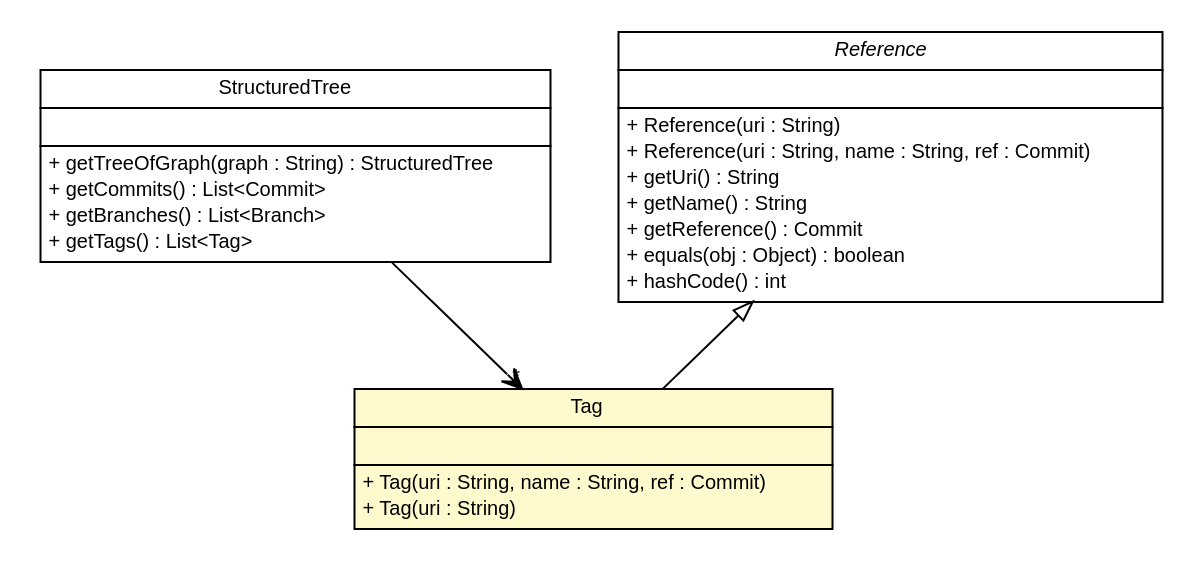
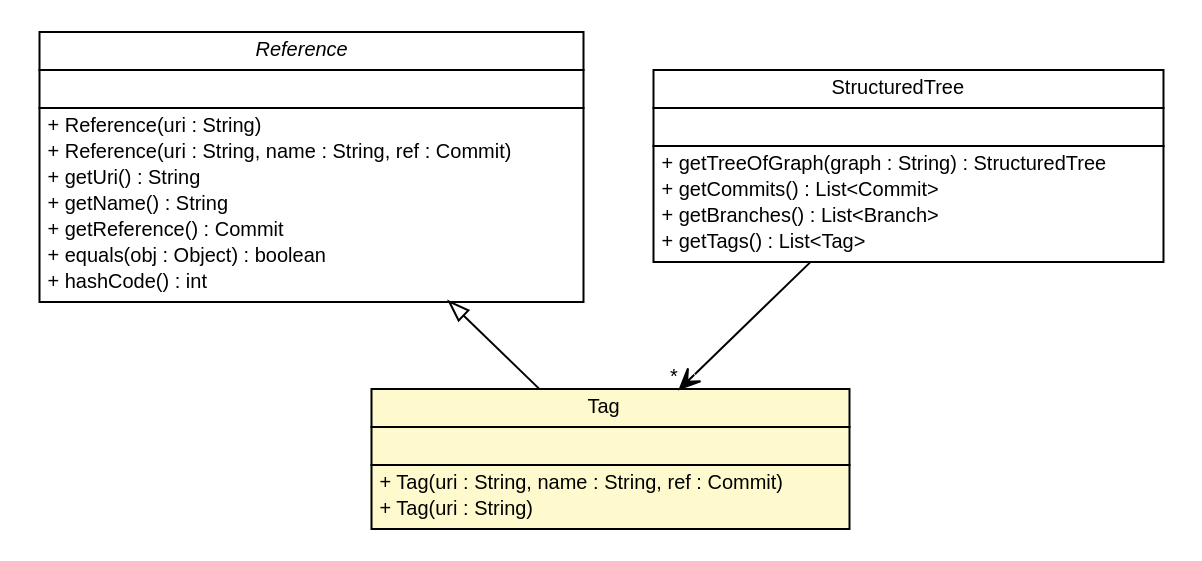
Before and after one commit to adrianorzyszek/r43ples: the diagram in site/apidocs/de/tud/plt/r43ples/revisionTree/Tag.dot, drawn with Graphviz. The commit also changed 249 other files, not shown here.

```diff
--- a/site/apidocs/de/tud/plt/r43ples/revisionTree/Tag.dot
+++ b/site/apidocs/de/tud/plt/r43ples/revisionTree/Tag.dot
@@ -1,62 +1,62 @@
 #!/usr/local/bin/dot
 #
 # Class diagram 
 # Generated by UMLGraph version R5_6-24-gf6e263 (http://www.umlgraph.org/)
 #
 
 digraph G {
 	edge [fontname="Helvetica",fontsize=10,labelfontname="Helvetica",labelfontsize=10];
 	node [fontname="Helvetica",fontsize=10,shape=plaintext];
 	nodesep=0.25;
 	ranksep=0.5;
-	// de.tud.plt.r43ples.revisionTree.Tag
-	c1579 [label=<<table title="de.tud.plt.r43ples.revisionTree.Tag" border="0" cellborder="1" cellspacing="0" cellpadding="2" port="p" bgcolor="lemonChiffon" href="./Tag.html">
-		<tr><td><table border="0" cellspacing="0" cellpadding="1">
-<tr><td align="center" balign="center"> Tag </td></tr>
-		</table></td></tr>
-		<tr><td><table border="0" cellspacing="0" cellpadding="1">
-<tr><td align="left" balign="left">  </td></tr>
-		</table></td></tr>
-		<tr><td><table border="0" cellspacing="0" cellpadding="1">
-<tr><td align="left" balign="left"> + Tag(uri : String, name : String, ref : Commit) </td></tr>
-<tr><td align="left" balign="left"> + Tag(uri : String) </td></tr>
-		</table></td></tr>
-		</table>>, URL="./Tag.html", fontname="Helvetica", fontcolor="black", fontsize=10.0];
-	// de.tud.plt.r43ples.revisionTree.StructuredTree
-	c1580 [label=<<table title="de.tud.plt.r43ples.revisionTree.StructuredTree" border="0" cellborder="1" cellspacing="0" cellpadding="2" port="p" href="./StructuredTree.html">
-		<tr><td><table border="0" cellspacing="0" cellpadding="1">
-<tr><td align="center" balign="center"> StructuredTree </td></tr>
-		</table></td></tr>
-		<tr><td><table border="0" cellspacing="0" cellpadding="1">
-<tr><td align="left" balign="left">  </td></tr>
-		</table></td></tr>
-		<tr><td><table border="0" cellspacing="0" cellpadding="1">
-<tr><td align="left" balign="left"> + getTreeOfGraph(graph : String) : StructuredTree </td></tr>
-<tr><td align="left" balign="left"> + getCommits() : List&lt;Commit&gt; </td></tr>
-<tr><td align="left" balign="left"> + getBranches() : List&lt;Branch&gt; </td></tr>
-<tr><td align="left" balign="left"> + getTags() : List&lt;Tag&gt; </td></tr>
-		</table></td></tr>
-		</table>>, URL="./StructuredTree.html", fontname="Helvetica", fontcolor="black", fontsize=10.0];
 	// de.tud.plt.r43ples.revisionTree.Reference
-	c1581 [label=<<table title="de.tud.plt.r43ples.revisionTree.Reference" border="0" cellborder="1" cellspacing="0" cellpadding="2" port="p" href="./Reference.html">
+	c1566 [label=<<table title="de.tud.plt.r43ples.revisionTree.Reference" border="0" cellborder="1" cellspacing="0" cellpadding="2" port="p" href="./Reference.html">
 		<tr><td><table border="0" cellspacing="0" cellpadding="1">
 <tr><td align="center" balign="center"><font face="Helvetica-Oblique"> Reference </font></td></tr>
 		</table></td></tr>
 		<tr><td><table border="0" cellspacing="0" cellpadding="1">
 <tr><td align="left" balign="left">  </td></tr>
 		</table></td></tr>
 		<tr><td><table border="0" cellspacing="0" cellpadding="1">
 <tr><td align="left" balign="left"> + Reference(uri : String) </td></tr>
 <tr><td align="left" balign="left"> + Reference(uri : String, name : String, ref : Commit) </td></tr>
 <tr><td align="left" balign="left"> + getUri() : String </td></tr>
 <tr><td align="left" balign="left"> + getName() : String </td></tr>
 <tr><td align="left" balign="left"> + getReference() : Commit </td></tr>
 <tr><td align="left" balign="left"> + equals(obj : Object) : boolean </td></tr>
 <tr><td align="left" balign="left"> + hashCode() : int </td></tr>
 		</table></td></tr>
 		</table>>, URL="./Reference.html", fontname="Helvetica", fontcolor="black", fontsize=10.0];
+	// de.tud.plt.r43ples.revisionTree.StructuredTree
+	c1568 [label=<<table title="de.tud.plt.r43ples.revisionTree.StructuredTree" border="0" cellborder="1" cellspacing="0" cellpadding="2" port="p" href="./StructuredTree.html">
+		<tr><td><table border="0" cellspacing="0" cellpadding="1">
+<tr><td align="center" balign="center"> StructuredTree </td></tr>
+		</table></td></tr>
+		<tr><td><table border="0" cellspacing="0" cellpadding="1">
+<tr><td align="left" balign="left">  </td></tr>
+		</table></td></tr>
+		<tr><td><table border="0" cellspacing="0" cellpadding="1">
+<tr><td align="left" balign="left"> + getTreeOfGraph(graph : String) : StructuredTree </td></tr>
+<tr><td align="left" balign="left"> + getCommits() : List&lt;Commit&gt; </td></tr>
+<tr><td align="left" balign="left"> + getBranches() : List&lt;Branch&gt; </td></tr>
+<tr><td align="left" balign="left"> + getTags() : List&lt;Tag&gt; </td></tr>
+		</table></td></tr>
+		</table>>, URL="./StructuredTree.html", fontname="Helvetica", fontcolor="black", fontsize=10.0];
+	// de.tud.plt.r43ples.revisionTree.Tag
+	c1569 [label=<<table title="de.tud.plt.r43ples.revisionTree.Tag" border="0" cellborder="1" cellspacing="0" cellpadding="2" port="p" bgcolor="lemonChiffon" href="./Tag.html">
+		<tr><td><table border="0" cellspacing="0" cellpadding="1">
+<tr><td align="center" balign="center"> Tag </td></tr>
+		</table></td></tr>
+		<tr><td><table border="0" cellspacing="0" cellpadding="1">
+<tr><td align="left" balign="left">  </td></tr>
+		</table></td></tr>
+		<tr><td><table border="0" cellspacing="0" cellpadding="1">
+<tr><td align="left" balign="left"> + Tag(uri : String, name : String, ref : Commit) </td></tr>
+<tr><td align="left" balign="left"> + Tag(uri : String) </td></tr>
+		</table></td></tr>
+		</table>>, URL="./Tag.html", fontname="Helvetica", fontcolor="black", fontsize=10.0];
 	//de.tud.plt.r43ples.revisionTree.Tag extends de.tud.plt.r43ples.revisionTree.Reference
-	c1581:p -> c1579:p [dir=back,arrowtail=empty];
+	c1566:p -> c1569:p [dir=back,arrowtail=empty];
 	// de.tud.plt.r43ples.revisionTree.StructuredTree NAVASSOC de.tud.plt.r43ples.revisionTree.Tag
-	c1580:p -> c1579:p [taillabel="", label="", headlabel="*", fontname="Helvetica", fontcolor="black", fontsize=10.0, color="black", arrowhead=open];
+	c1568:p -> c1569:p [taillabel="", label="", headlabel="*", fontname="Helvetica", fontcolor="black", fontsize=10.0, color="black", arrowhead=open];
 }
```
